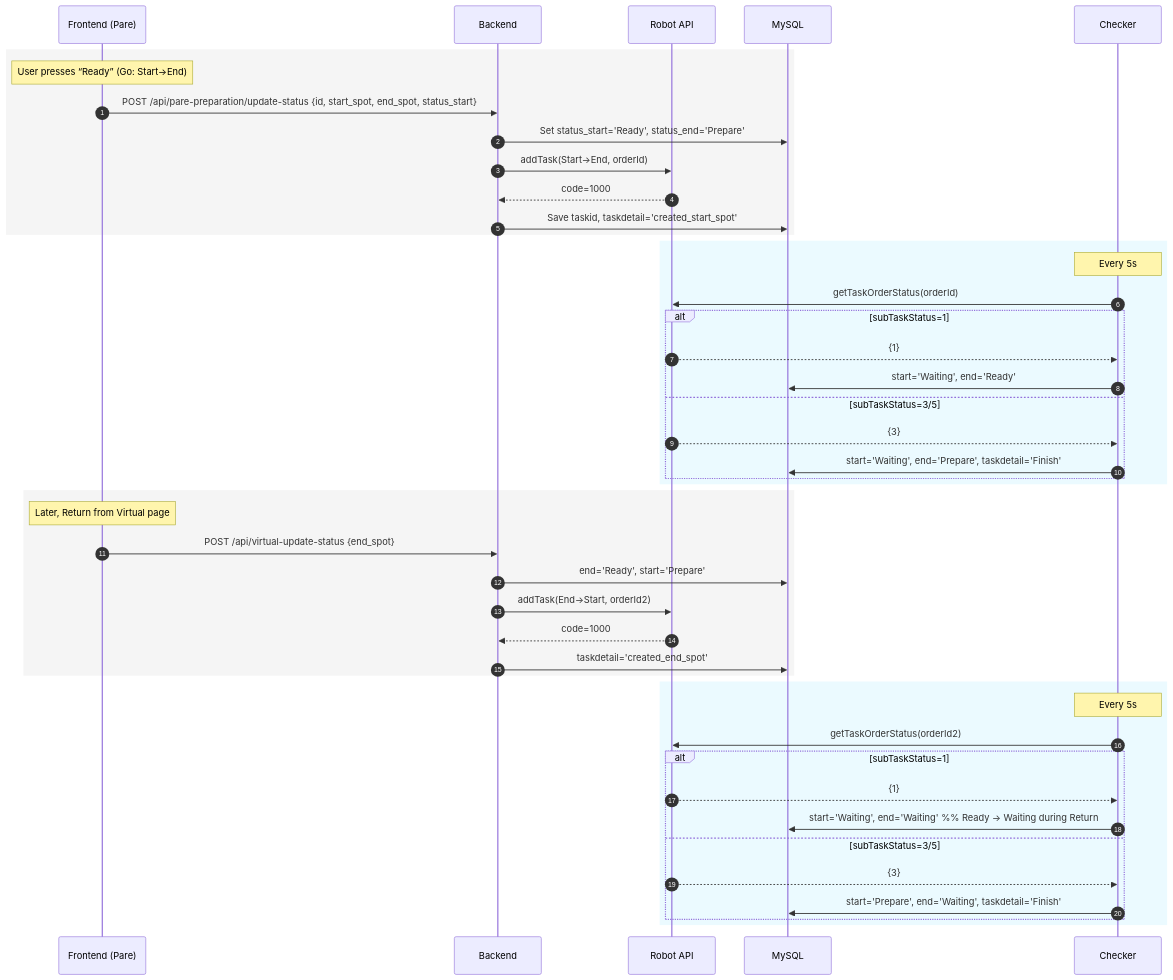
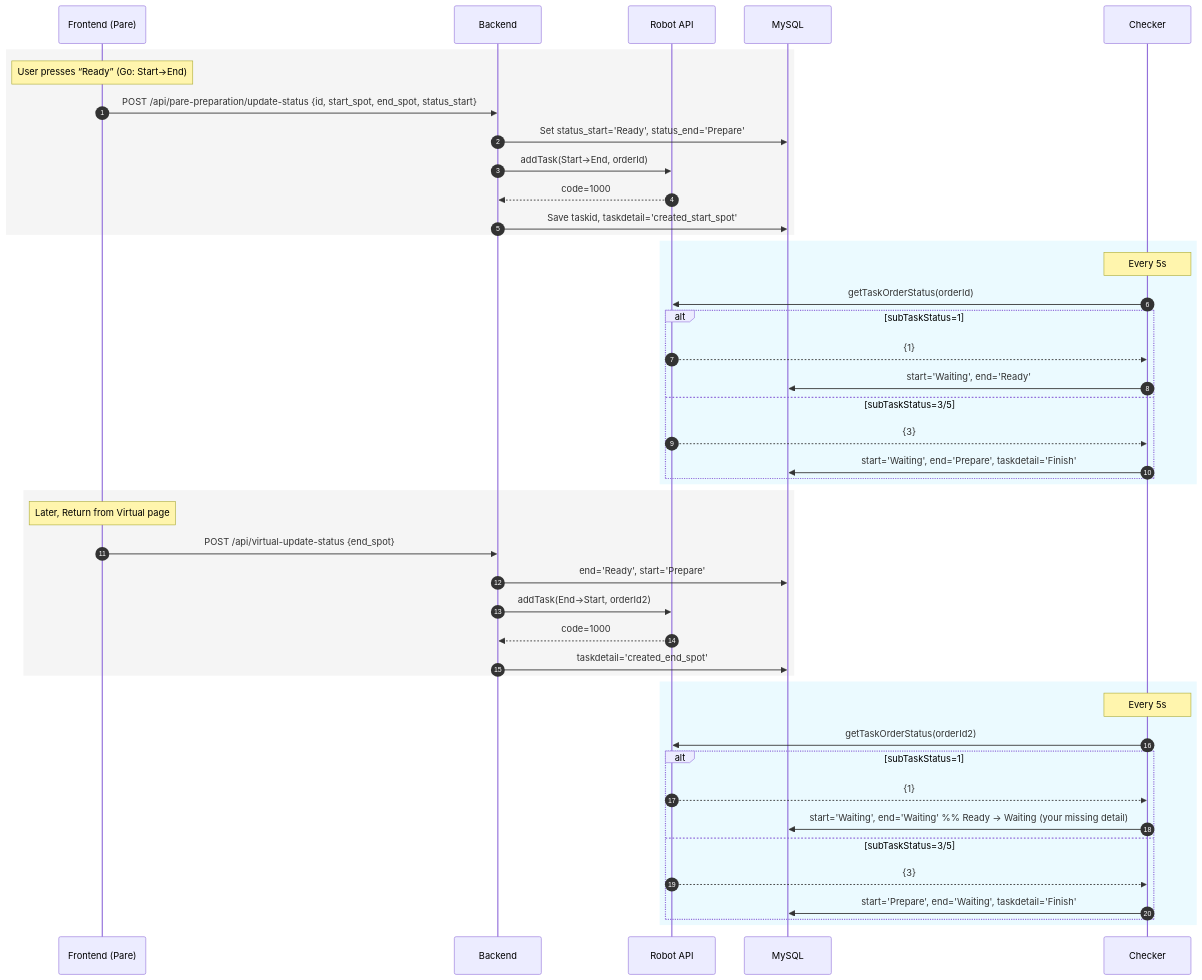
One commit to giftjira/AMR_WebApp changed the first of 3 diagrams in README.md. Above: the diagram before and after it, drawn with Mermaid. The commit also changed other lines of this file and 2 other files, not shown here.

````diff
--- a/README.md
+++ b/README.md
@@ -103,51 +59,52 @@
 ```mermaid
 sequenceDiagram
     autonumber
     participant FE as Frontend (Pare)
     participant BE as Backend
     participant RCS as Robot API
     participant DB as MySQL
     participant CRON as Checker
 
     rect rgb(245,245,245)
       Note over FE: User presses “Ready” (Go: Start→End)
       FE->>BE: POST /api/pare-preparation/update-status {id, start_spot, end_spot, status_start}
       BE->>DB: Set status_start='Ready', status_end='Prepare'
       BE->>RCS: addTask(Start→End, orderId)
       RCS-->>BE: code=1000
       BE->>DB: Save taskid, taskdetail='created_start_spot'
     end
 
     rect rgb(235,250,255)
       Note over CRON: Every 5s
       CRON->>RCS: getTaskOrderStatus(orderId)
       alt subTaskStatus=1
         RCS-->>CRON: {1}
         CRON->>DB: start='Waiting', end='Ready'
       else subTaskStatus=3/5
         RCS-->>CRON: {3}
         CRON->>DB: start='Waiting', end='Prepare', taskdetail='Finish'
       end
     end
 
     rect rgb(245,245,245)
       Note over FE: Later, Return from Virtual page
       FE->>BE: POST /api/virtual-update-status {end_spot}
       BE->>DB: end='Ready', start='Prepare'
       BE->>RCS: addTask(End→Start, orderId2)
       RCS-->>BE: code=1000
       BE->>DB: taskdetail='created_end_spot'
     end
 
     rect rgb(235,250,255)
       Note over CRON: Every 5s
       CRON->>RCS: getTaskOrderStatus(orderId2)
       alt subTaskStatus=1
         RCS-->>CRON: {1}
-        CRON->>DB: start='Waiting', end='Waiting'  %% Ready → Waiting during Return
+        CRON->>DB: start='Waiting', end='Waiting'  %% Ready → Waiting (your missing detail)
       else subTaskStatus=3/5
         RCS-->>CRON: {3}
         CRON->>DB: start='Prepare', end='Waiting', taskdetail='Finish'
       end
     end
+
 ```
````
